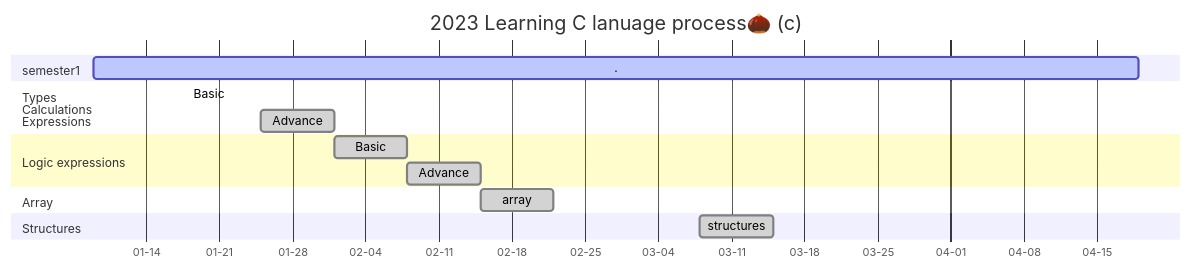
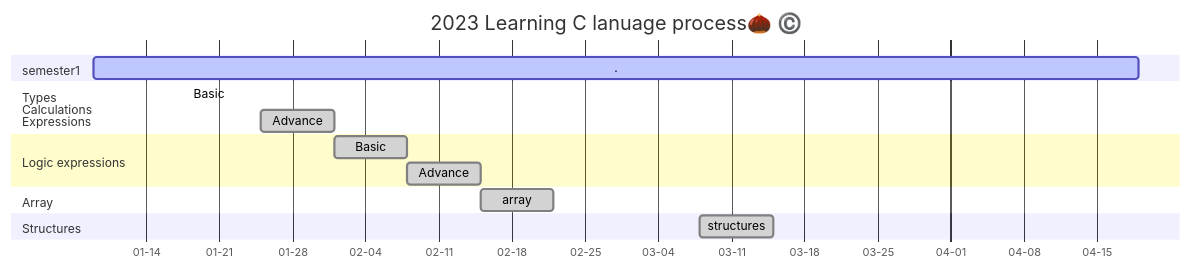
Before and after one commit to AimeeWen1992/Learning-C: the diagram in README.md, drawn with Mermaid.

````diff
--- a/README.md
+++ b/README.md
@@ -15,24 +15,24 @@
 ```mermaid
 gantt
-title 2023 Learning C lanuage process🌰 (c)
+title 2023 Learning C lanuage process🌰 ©️
 dateFormat YYYY-MM-DD
 axisFormat %m-%d
 section semester1
         .            :active,01-09,100d
 section Types<br />Calculations<br />Expressions
         Basic   :done,01-18,7
         Advance :done,01-25,7d
 
 section Logic expressions
         Basic   :done,des1,02-01,7d
         Advance :done,des2,after des1,7d
 
 section Array
         array :done,02-15,7d
 
 section Structures
         structures :done,03-08,7d
 
 section Fountion
 
 ```
````
